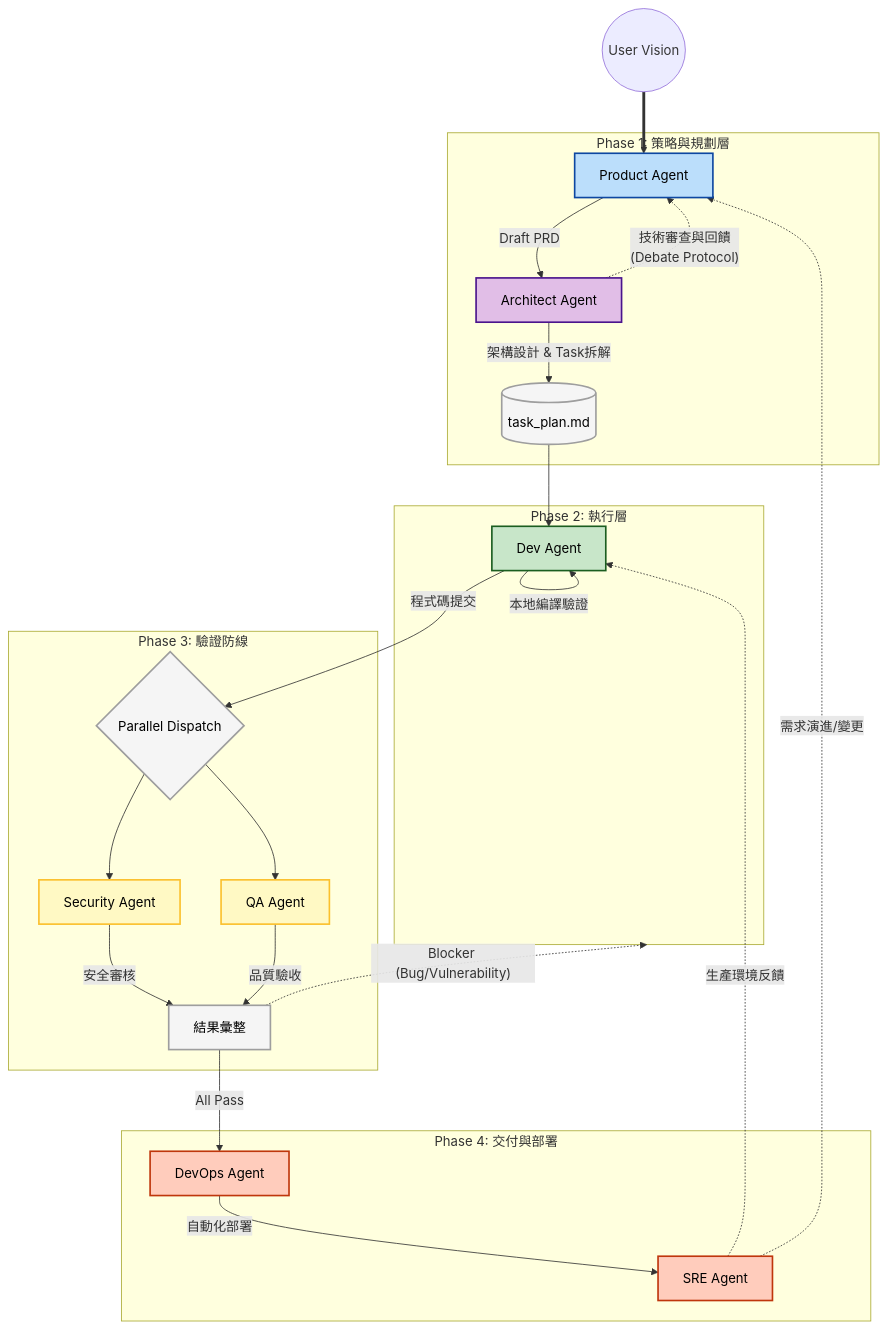
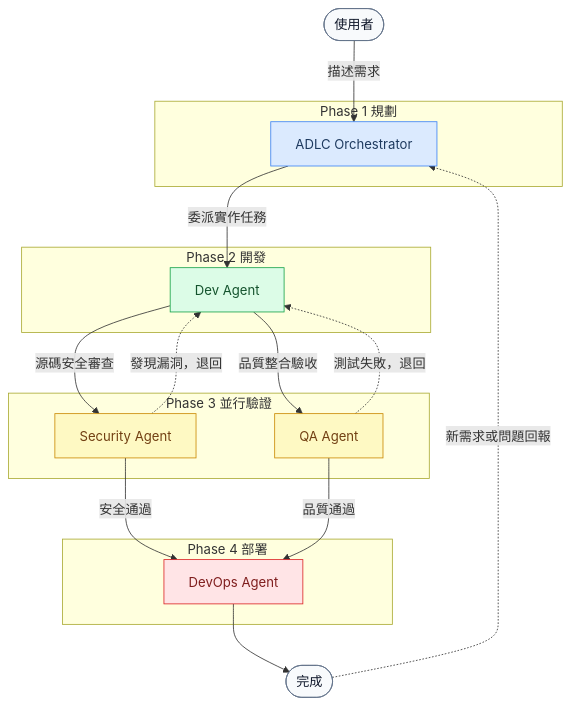
Before and after one commit to landy35p/ADLC-project: the diagram in docs/adlc/overview.md, drawn with Mermaid. The commit also changed other lines of this file and 21 other files, not shown here.

Commit message:
chore: 遷移 Antigravity agents 至 GitHub Copilot 自訂 Agent Modes，修正 ADLC 流程圖 Mermaid 語法

````diff
--- a/docs/adlc/overview.md
+++ b/docs/adlc/overview.md
@@ -9,50 +11,45 @@
 ```mermaid
-graph TD
-    User((User Vision)) ==> PM
+flowchart TD
+    User(["使用者"])
 
-    subgraph Planning [Phase 1: 策略與規劃層]
-        PM[Product Agent] -- "Draft PRD" --> Arch[Architect Agent]
-        Arch -. "技術審查與回饋<br>(Debate Protocol)" .-> PM
-        Arch -- "架構設計 & Task拆解" --> TaskPlan[(task_plan.md)]
+    subgraph Ph1["Phase 1 規劃"]
+        ADLC[ADLC Orchestrator]
     end
 
-    subgraph Execution [Phase 2: 執行層]
-        TaskPlan --> Dev[Dev Agent]
-        Dev -- "本地編譯驗證" --> Dev
+    subgraph Ph2["Phase 2 開發"]
+        Dev[Dev Agent]
     end
 
-    subgraph Validation [Phase 3: 驗證防線]
-        Dev -- "程式碼提交" --> Dispatch{Parallel Dispatch}
-        Dispatch --> Sec[Security Agent]
-        Dispatch --> QA[QA Agent]
-        Sec -- "安全審核" --> Synthesis[結果彙整]
-        QA -- "品質驗收" --> Synthesis
+    subgraph Ph3["Phase 3 並行驗證"]
+        Sec[Security Agent]
+        QA[QA Agent]
     end
 
-    subgraph Delivery [Phase 4: 交付與部署]
-        Synthesis -- "All Pass" --> DevOps[DevOps Agent]
-        DevOps -- "自動化部署" --> SRE[SRE Agent]
+    subgraph Ph4["Phase 4 部署"]
+        DevOps[DevOps Agent]
     end
 
-    %% 內部快速回饋循環 (Inner Loops)
-    Synthesis -. "Blocker (Bug/Vulnerability)" .-> Execution
+    User -->|"描述需求"| ADLC
+    ADLC -->|"委派實作任務"| Dev
+    Dev -->|"源碼安全審查"| Sec
+    Dev -->|"品質整合驗收"| QA
+    Sec -->|"安全通過"| DevOps
+    QA -->|"品質通過"| DevOps
+    DevOps --> Done(["完成"])
 
-    %% 外部長期閉環 (Outer Loops)
-    SRE -. "生產環境反饋" .-> Dev
-    SRE -. "需求演進/變更" .-> PM
+    Sec -.->|"發現漏洞，退回"| Dev
+    QA -.->|"測試失敗，退回"| Dev
+    Done -.->|"新需求或問題回報"| ADLC
 
-    %% 樣式美化 (High Contrast for Light/Dark Modes)
-    classDef primary fill:#bbdefb,stroke:#0d47a1,stroke-width:2px,color:#000;
-    classDef secondary fill:#e1bee7,stroke:#4a148c,stroke-width:2px,color:#000;
-    classDef success fill:#c8e6c9,stroke:#1b5e20,stroke-width:2px,color:#000;
-    classDef warning fill:#fff9c4,stroke:#fbc02d,stroke-width:2px,color:#000;
-    classDef danger fill:#ffccbc,stroke:#bf360c,stroke-width:2px,color:#000;
-    classDef neutral fill:#f5f5f5,stroke:#9e9e9e,stroke-width:2px,color:#000;
+    classDef phase1 fill:#dbeafe,stroke:#3b82f6,color:#1e3a5f
+    classDef phase2 fill:#dcfce7,stroke:#16a34a,color:#14532d
+    classDef phase3 fill:#fef9c3,stroke:#ca8a04,color:#713f12
+    classDef phase4 fill:#ffe4e6,stroke:#dc2626,color:#7f1d1d
+    classDef term   fill:#f8fafc,stroke:#64748b,color:#0f172a
 
-    class PM primary;
-    class Arch secondary;
-    class Dev success;
-    class Sec,QA warning;
-    class DevOps,SRE danger;
-    class Dispatch,Synthesis,TaskPlan neutral;
+    class ADLC phase1
+    class Dev phase2
+    class Sec,QA phase3
+    class DevOps phase4
+    class User,Done term
 ```
````
